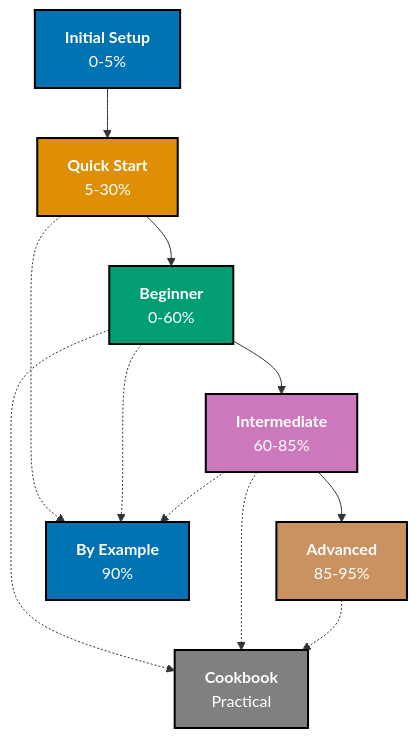
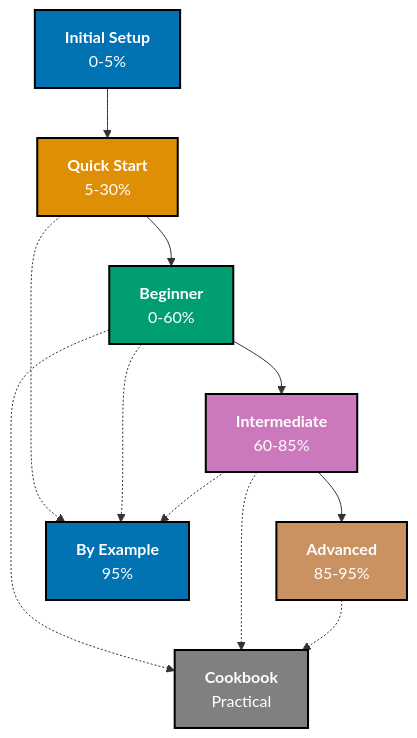
One commit to wahidyankf/open-sharia-enterprise changed the first of 2 diagrams in docs/explanation/conventions/ex-co__tutorial-naming.md. Above: the diagram before and after it, drawn with Mermaid. The commit also changed other lines of this file and 37 other files, not shown here.

````diff
--- a/docs/explanation/conventions/ex-co__tutorial-naming.md
+++ b/docs/explanation/conventions/ex-co__tutorial-naming.md
@@ -41,32 +41,32 @@
 ```mermaid
 %% Color palette: Blue #0173B2, Orange #DE8F05, Teal #029E73, Purple #CC78BC, Brown #CA9161
 graph TB
 	A["<b>Initial Setup</b><br/>0-5%"]
 	B["<b>Quick Start</b><br/>5-30%"]
 	C["<b>Beginner</b><br/>0-60%"]
 	D["<b>Intermediate</b><br/>60-85%"]
 	E["<b>Advanced</b><br/>85-95%"]
 	F["<b>Cookbook</b><br/>Practical"]
-	G["<b>By Example</b><br/>90%"]
+	G["<b>By Example</b><br/>95%"]
 
 	A --> B
 	B --> C
 	C --> D
 	D --> E
 
 	C -.-> F
 	D -.-> F
 	E -.-> F
 
 	B -.-> G
 	C -.-> G
 	D -.-> G
 
 	style A fill:#0173B2,stroke:#000000,color:#FFFFFF,stroke-width:2px
 	style B fill:#DE8F05,stroke:#000000,color:#FFFFFF,stroke-width:2px
 	style C fill:#029E73,stroke:#000000,color:#FFFFFF,stroke-width:2px
 	style D fill:#CC78BC,stroke:#000000,color:#FFFFFF,stroke-width:2px
 	style E fill:#CA9161,stroke:#000000,color:#FFFFFF,stroke-width:2px
 	style F fill:#808080,stroke:#000000,color:#FFFFFF,stroke-width:2px
 	style G fill:#0173B2,stroke:#000000,color:#FFFFFF,stroke-width:2px
 ```
````
